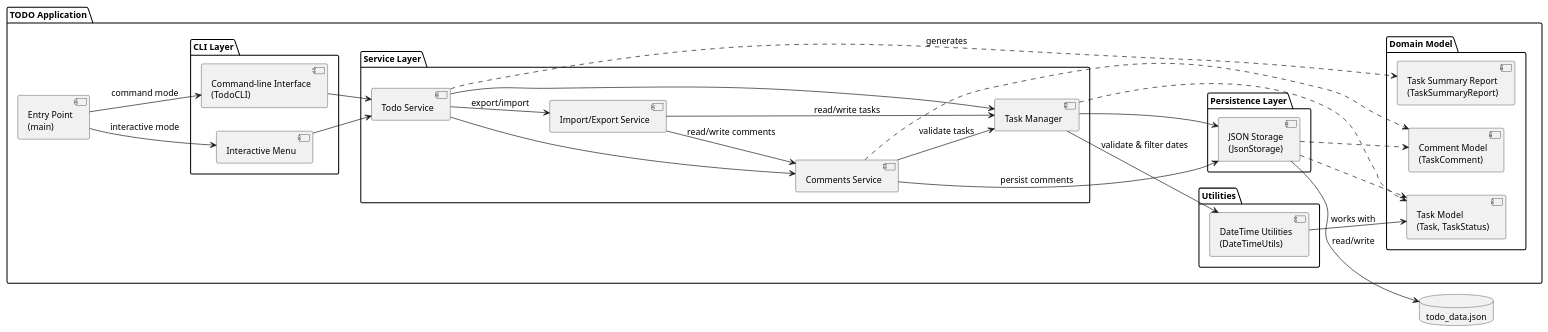
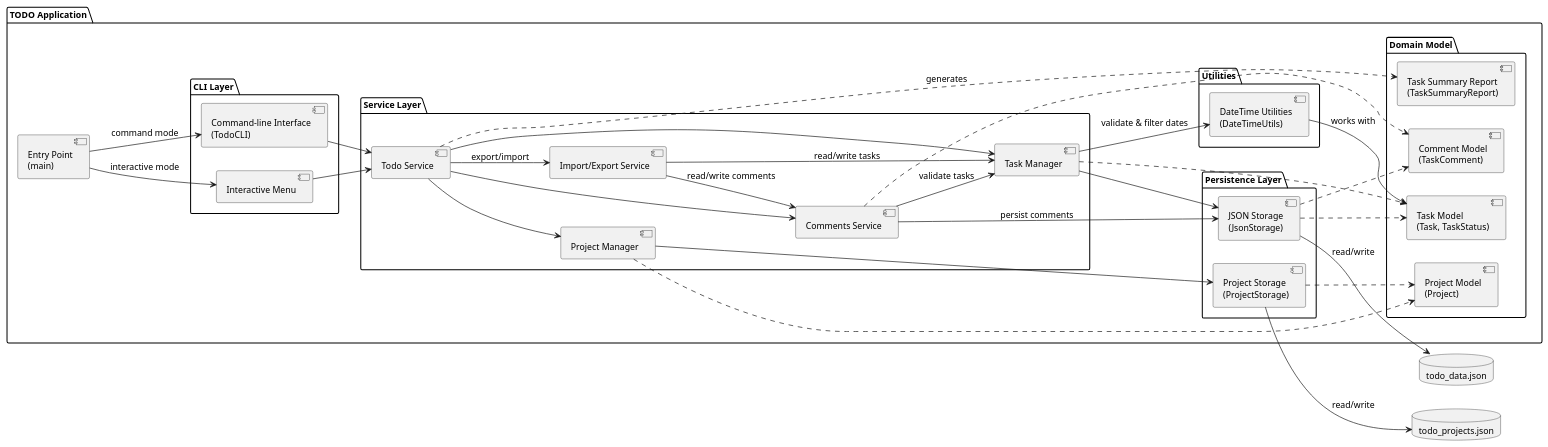
One commit to DanielRiha8906/Software_autoevolution_using_agents changed the diagram in experiments/supervisor_as_tools/user_stories/TODO/artifacts/component_diagram.puml. Above: the diagram before and after it, drawn with PlantUML. The commit also changed 13 other files, not shown here.

```diff
--- a/experiments/supervisor_as_tools/user_stories/TODO/artifacts/component_diagram.puml
+++ b/experiments/supervisor_as_tools/user_stories/TODO/artifacts/component_diagram.puml
@@ -1,68 +1,78 @@
 @startuml component_diagram
 
 skinparam componentStyle uml2
 skinparam defaultFontSize 13
 
 left to right direction
 
 package "TODO Application" {
 
     component "Entry Point\n(main)" as Main
 
     package "CLI Layer" {
         component "Interactive Menu" as IM
         component "Command-line Interface\n(TodoCLI)" as CLI
     }
 
     package "Service Layer" {
         component "Todo Service" as SVC
         component "Task Manager" as MGR
+        component "Project Manager" as PMGR
         component "Comments Service" as CMT
         component "Import/Export Service" as IMPEXP
     }
 
     package "Domain Model" {
+        component "Project Model\n(Project)" as ProjectModel
         component "Task Model\n(Task, TaskStatus)" as Model
         component "Comment Model\n(TaskComment)" as CommentModel
         component "Task Summary Report\n(TaskSummaryReport)" as SummaryModel
     }
 
     package "Utilities" {
         component "DateTime Utilities\n(DateTimeUtils)" as DTUtils
     }
 
     package "Persistence Layer" {
         component "JSON Storage\n(JsonStorage)" as Storage
+        component "Project Storage\n(ProjectStorage)" as ProjectStore
     }
 }
 
 database "todo_data.json" as DB
+database "todo_projects.json" as ProjectDB
 
 Main --> IM : interactive mode
 Main --> CLI : command mode
 
 IM --> SVC
 CLI --> SVC
 
 SVC --> MGR
+SVC --> PMGR
 SVC --> CMT
 SVC --> IMPEXP : export/import
 SVC ..> SummaryModel : generates
 
 IMPEXP --> MGR : read/write tasks
 IMPEXP --> CMT : read/write comments
 
 MGR --> Storage
 MGR --> DTUtils : validate & filter dates
 MGR ..> Model
+PMGR --> ProjectStore
+PMGR ..> ProjectModel
+
 CMT --> Storage : persist comments
 CMT --> MGR : validate tasks
 CMT ..> CommentModel
 
 Storage ..> Model
 Storage ..> CommentModel
+ProjectStore ..> ProjectModel
 DTUtils --> Model : works with
 
 Storage --> DB : read/write
+ProjectStore --> ProjectDB : read/write
 
 @enduml
```
